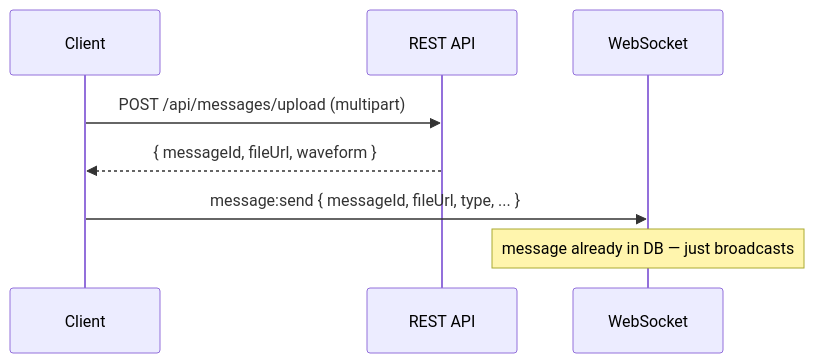
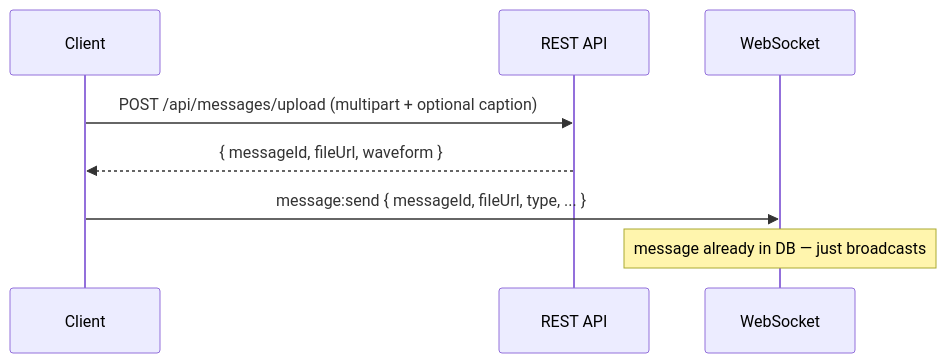
One commit to neofuture/chatr changed the sixth of 8 diagrams in Documentation/Features/MESSAGING.md. Above: the diagram before and after it, drawn with Mermaid. The commit also changed other lines of this file and 11 other files, not shown here.

````diff
--- a/Documentation/Features/MESSAGING.md
+++ b/Documentation/Features/MESSAGING.md
@@ -160,11 +160,11 @@
 ```mermaid
 sequenceDiagram
     participant C as Client
     participant API as REST API
     participant WS as WebSocket
 
-    C->>API: POST /api/messages/upload (multipart)
+    C->>API: POST /api/messages/upload (multipart + optional caption)
     API-->>C: { messageId, fileUrl, waveform }
     C->>WS: message:send { messageId, fileUrl, type, ... }
     Note over WS: message already in DB — just broadcasts
 ```
````
